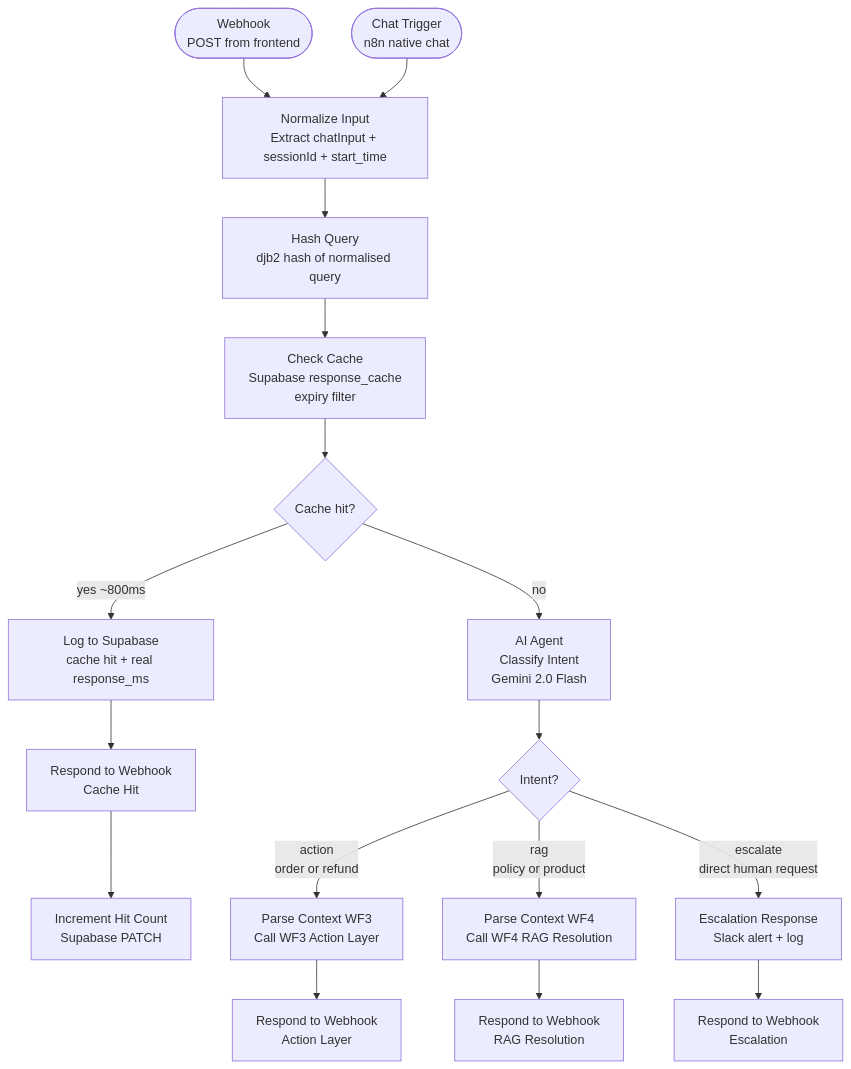
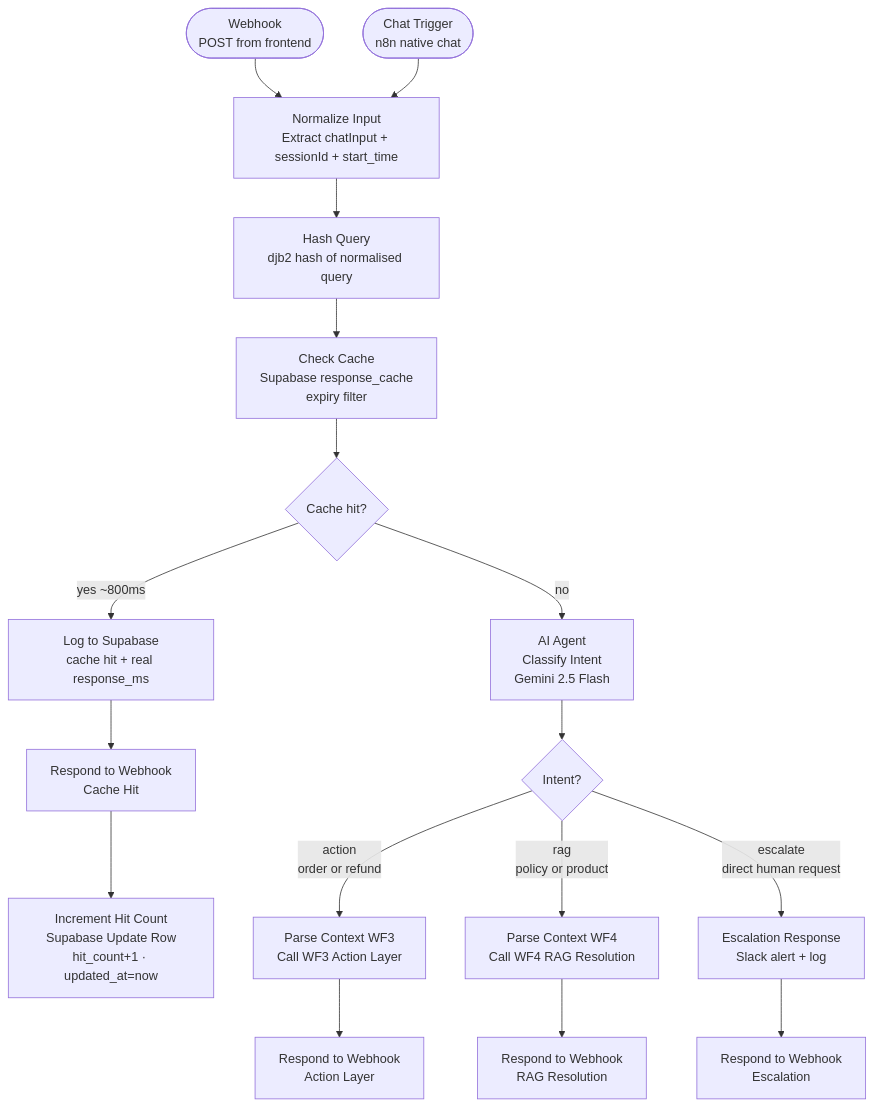
Before and after one commit to ShafqaatMalik/n8n-cx-agent: the diagram in docs/WF2_Triage.md, drawn with Mermaid. The commit also changed other lines of this file and 5 other files, not shown here.

````diff
--- a/docs/WF2_Triage.md
+++ b/docs/WF2_Triage.md
@@ -7,25 +7,25 @@
 ```mermaid
 flowchart TD
     A([Webhook\nPOST from frontend]) --> C
     B([Chat Trigger\nn8n native chat]) --> C
 
     C[Normalize Input\nExtract chatInput + sessionId + start_time] --> D
     D[Hash Query\ndjb2 hash of normalised query] --> E
     E[Check Cache\nSupabase response_cache\nexpiry filter] --> F
 
     F{Cache hit?}
     F -->|yes ~800ms| G[Log to Supabase\ncache hit + real response_ms]
     G --> H[Respond to Webhook\nCache Hit]
-    H --> I[Increment Hit Count\nSupabase PATCH]
+    H --> I[Increment Hit Count\nSupabase Update Row\nhit_count+1 · updated_at=now]
 
-    F -->|no| J[AI Agent\nClassify Intent\nGemini 2.0 Flash]
+    F -->|no| J[AI Agent\nClassify Intent\nGemini 2.5 Flash]
     J --> K{Intent?}
 
     K -->|action\norder or refund| L[Parse Context WF3\nCall WF3 Action Layer]
     K -->|rag\npolicy or product| M[Parse Context WF4\nCall WF4 RAG Resolution]
     K -->|escalate\ndirect human request| N[Escalation Response\nSlack alert + log]
 
     L --> O[Respond to Webhook\nAction Layer]
     M --> P[Respond to Webhook\nRAG Resolution]
     N --> Q[Respond to Webhook\nEscalation]
 ```
````
